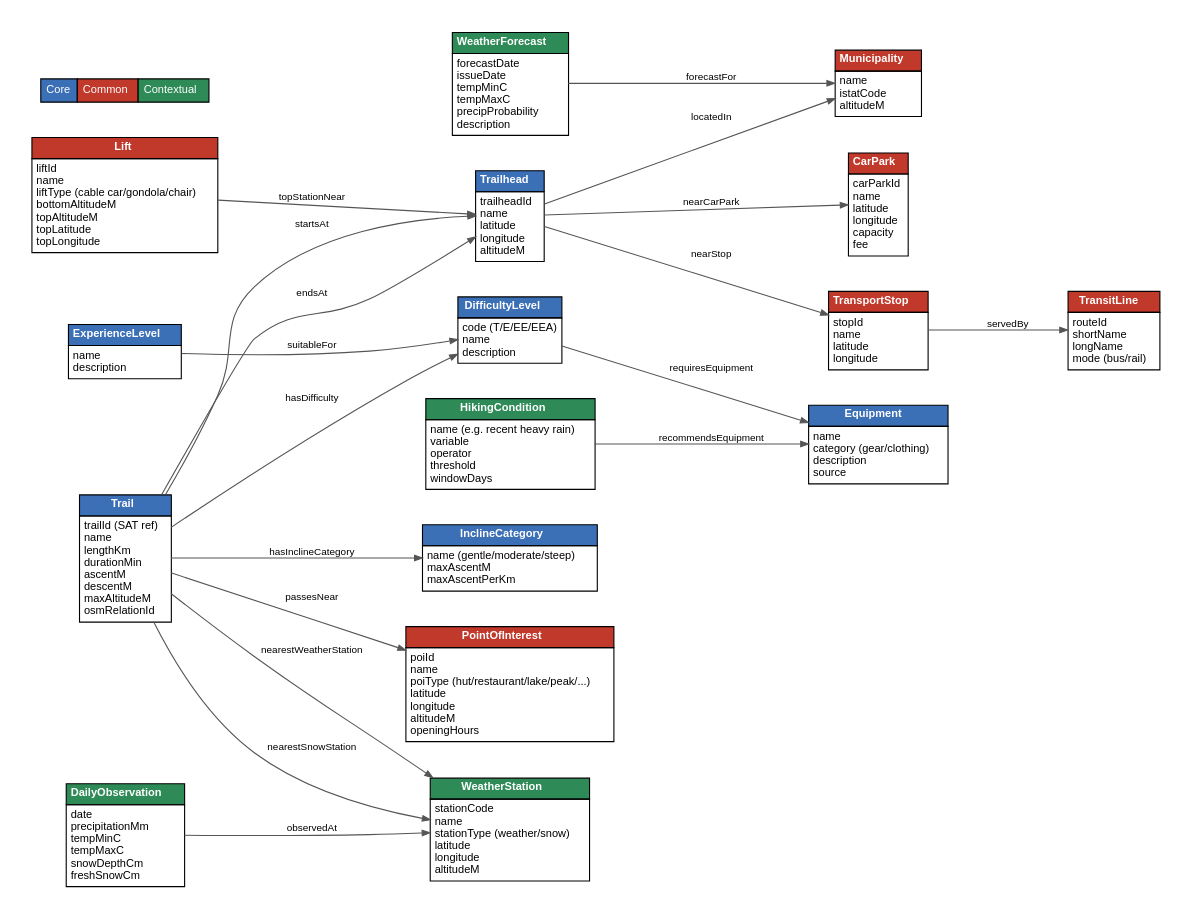
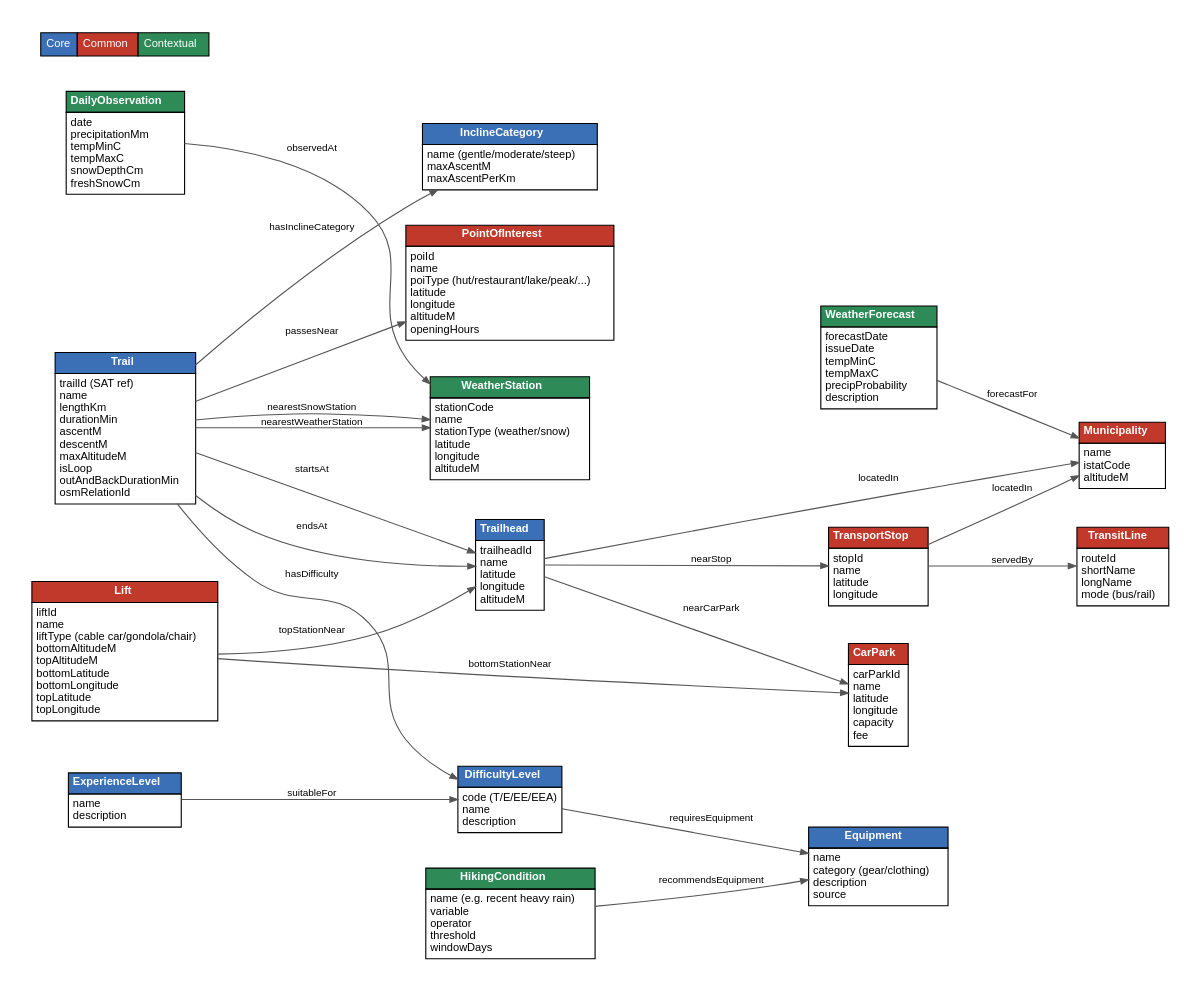
One commit to kristine-p/trentino-hikes-kg changed the diagram in Phase 1 - Purpose Definition/er_diagram.dot. Above: the diagram before and after it, drawn with Graphviz. The commit also changed 7 other files, not shown here.

```diff
--- a/Phase 1 - Purpose Definition/er_diagram.dot
+++ b/Phase 1 - Purpose Definition/er_diagram.dot
@@ -1,95 +1,97 @@
 digraph ER {
   graph [rankdir=LR, splines=true, nodesep=0.45, ranksep=0.9, fontname="Helvetica", pad=0.3];
   node  [shape=plain, fontname="Helvetica", fontsize=10];
   edge  [fontname="Helvetica", fontsize=9, color="#555555", arrowsize=0.7];
 
   // ---------- helper macro style: header colour by category ----------
   // core = blue, common = red, contextual = green (same convention as the example report)
 
   Trail [label=<<table border="0" cellborder="1" cellspacing="0" cellpadding="3">
     <tr><td bgcolor="#3B6FB6"><font color="white"><b>Trail</b></font></td></tr>
-    <tr><td align="left">trailId (SAT ref)<br align="left"/>name<br align="left"/>lengthKm<br align="left"/>durationMin<br align="left"/>ascentM<br align="left"/>descentM<br align="left"/>maxAltitudeM<br align="left"/>osmRelationId<br align="left"/></td></tr></table>>];
+    <tr><td align="left">trailId (SAT ref)<br align="left"/>name<br align="left"/>lengthKm<br align="left"/>durationMin<br align="left"/>ascentM<br align="left"/>descentM<br align="left"/>maxAltitudeM<br align="left"/>isLoop<br align="left"/>outAndBackDurationMin<br align="left"/>osmRelationId<br align="left"/></td></tr></table>>];
 
   Trailhead [label=<<table border="0" cellborder="1" cellspacing="0" cellpadding="3">
     <tr><td bgcolor="#3B6FB6"><font color="white"><b>Trailhead</b></font></td></tr>
     <tr><td align="left">trailheadId<br align="left"/>name<br align="left"/>latitude<br align="left"/>longitude<br align="left"/>altitudeM<br align="left"/></td></tr></table>>];
 
   DifficultyLevel [label=<<table border="0" cellborder="1" cellspacing="0" cellpadding="3">
     <tr><td bgcolor="#3B6FB6"><font color="white"><b>DifficultyLevel</b></font></td></tr>
     <tr><td align="left">code (T/E/EE/EEA)<br align="left"/>name<br align="left"/>description<br align="left"/></td></tr></table>>];
 
   ExperienceLevel [label=<<table border="0" cellborder="1" cellspacing="0" cellpadding="3">
     <tr><td bgcolor="#3B6FB6"><font color="white"><b>ExperienceLevel</b></font></td></tr>
     <tr><td align="left">name<br align="left"/>description<br align="left"/></td></tr></table>>];
 
   InclineCategory [label=<<table border="0" cellborder="1" cellspacing="0" cellpadding="3">
     <tr><td bgcolor="#3B6FB6"><font color="white"><b>InclineCategory</b></font></td></tr>
     <tr><td align="left">name (gentle/moderate/steep)<br align="left"/>maxAscentM<br align="left"/>maxAscentPerKm<br align="left"/></td></tr></table>>];
 
   Equipment [label=<<table border="0" cellborder="1" cellspacing="0" cellpadding="3">
     <tr><td bgcolor="#3B6FB6"><font color="white"><b>Equipment</b></font></td></tr>
     <tr><td align="left">name<br align="left"/>category (gear/clothing)<br align="left"/>description<br align="left"/>source<br align="left"/></td></tr></table>>];
 
   Municipality [label=<<table border="0" cellborder="1" cellspacing="0" cellpadding="3">
     <tr><td bgcolor="#C0392B"><font color="white"><b>Municipality</b></font></td></tr>
     <tr><td align="left">name<br align="left"/>istatCode<br align="left"/>altitudeM<br align="left"/></td></tr></table>>];
 
   CarPark [label=<<table border="0" cellborder="1" cellspacing="0" cellpadding="3">
     <tr><td bgcolor="#C0392B"><font color="white"><b>CarPark</b></font></td></tr>
     <tr><td align="left">carParkId<br align="left"/>name<br align="left"/>latitude<br align="left"/>longitude<br align="left"/>capacity<br align="left"/>fee<br align="left"/></td></tr></table>>];
 
   TransportStop [label=<<table border="0" cellborder="1" cellspacing="0" cellpadding="3">
     <tr><td bgcolor="#C0392B"><font color="white"><b>TransportStop</b></font></td></tr>
     <tr><td align="left">stopId<br align="left"/>name<br align="left"/>latitude<br align="left"/>longitude<br align="left"/></td></tr></table>>];
 
   TransitLine [label=<<table border="0" cellborder="1" cellspacing="0" cellpadding="3">
     <tr><td bgcolor="#C0392B"><font color="white"><b>TransitLine</b></font></td></tr>
     <tr><td align="left">routeId<br align="left"/>shortName<br align="left"/>longName<br align="left"/>mode (bus/rail)<br align="left"/></td></tr></table>>];
 
   PointOfInterest [label=<<table border="0" cellborder="1" cellspacing="0" cellpadding="3">
     <tr><td bgcolor="#C0392B"><font color="white"><b>PointOfInterest</b></font></td></tr>
     <tr><td align="left">poiId<br align="left"/>name<br align="left"/>poiType (hut/restaurant/lake/peak/...)<br align="left"/>latitude<br align="left"/>longitude<br align="left"/>altitudeM<br align="left"/>openingHours<br align="left"/></td></tr></table>>];
 
   Lift [label=<<table border="0" cellborder="1" cellspacing="0" cellpadding="3">
     <tr><td bgcolor="#C0392B"><font color="white"><b>Lift</b></font></td></tr>
-    <tr><td align="left">liftId<br align="left"/>name<br align="left"/>liftType (cable car/gondola/chair)<br align="left"/>bottomAltitudeM<br align="left"/>topAltitudeM<br align="left"/>topLatitude<br align="left"/>topLongitude<br align="left"/></td></tr></table>>];
+    <tr><td align="left">liftId<br align="left"/>name<br align="left"/>liftType (cable car/gondola/chair)<br align="left"/>bottomAltitudeM<br align="left"/>topAltitudeM<br align="left"/>bottomLatitude<br align="left"/>bottomLongitude<br align="left"/>topLatitude<br align="left"/>topLongitude<br align="left"/></td></tr></table>>];
 
   WeatherStation [label=<<table border="0" cellborder="1" cellspacing="0" cellpadding="3">
     <tr><td bgcolor="#2E8B57"><font color="white"><b>WeatherStation</b></font></td></tr>
     <tr><td align="left">stationCode<br align="left"/>name<br align="left"/>stationType (weather/snow)<br align="left"/>latitude<br align="left"/>longitude<br align="left"/>altitudeM<br align="left"/></td></tr></table>>];
 
   DailyObservation [label=<<table border="0" cellborder="1" cellspacing="0" cellpadding="3">
     <tr><td bgcolor="#2E8B57"><font color="white"><b>DailyObservation</b></font></td></tr>
     <tr><td align="left">date<br align="left"/>precipitationMm<br align="left"/>tempMinC<br align="left"/>tempMaxC<br align="left"/>snowDepthCm<br align="left"/>freshSnowCm<br align="left"/></td></tr></table>>];
 
   WeatherForecast [label=<<table border="0" cellborder="1" cellspacing="0" cellpadding="3">
     <tr><td bgcolor="#2E8B57"><font color="white"><b>WeatherForecast</b></font></td></tr>
     <tr><td align="left">forecastDate<br align="left"/>issueDate<br align="left"/>tempMinC<br align="left"/>tempMaxC<br align="left"/>precipProbability<br align="left"/>description<br align="left"/></td></tr></table>>];
 
   HikingCondition [label=<<table border="0" cellborder="1" cellspacing="0" cellpadding="3">
     <tr><td bgcolor="#2E8B57"><font color="white"><b>HikingCondition</b></font></td></tr>
     <tr><td align="left">name (e.g. recent heavy rain)<br align="left"/>variable<br align="left"/>operator<br align="left"/>threshold<br align="left"/>windowDays<br align="left"/></td></tr></table>>];
 
   // ---------- relationships ----------
   Trail -> DifficultyLevel   [label="hasDifficulty"];
   Trail -> InclineCategory   [label="hasInclineCategory"];
   ExperienceLevel -> DifficultyLevel [label="suitableFor"];
   Trail -> Trailhead         [label="startsAt"];
   Trail -> Trailhead         [label="endsAt"];
   Trail -> PointOfInterest   [label="passesNear"];
   Trail -> WeatherStation    [label="nearestWeatherStation"];
   Trail -> WeatherStation    [label="nearestSnowStation"];
   Trailhead -> Municipality  [label="locatedIn"];
   Trailhead -> CarPark       [label="nearCarPark"];
   Trailhead -> TransportStop [label="nearStop"];
   TransportStop -> TransitLine [label="servedBy"];
   Lift -> Trailhead          [label="topStationNear"];
+  Lift -> CarPark            [label="bottomStationNear"];
+  TransportStop -> Municipality [label="locatedIn"];
   DailyObservation -> WeatherStation [label="observedAt"];
   WeatherForecast -> Municipality    [label="forecastFor"];
   DifficultyLevel -> Equipment [label="requiresEquipment"];
   HikingCondition -> Equipment [label="recommendsEquipment"];
 
   // ---------- legend ----------
   legend [label=<<table border="0" cellborder="1" cellspacing="0" cellpadding="4">
     <tr><td bgcolor="#3B6FB6"><font color="white">Core</font></td><td bgcolor="#C0392B"><font color="white">Common</font></td><td bgcolor="#2E8B57"><font color="white">Contextual</font></td></tr></table>>];
 }
```
